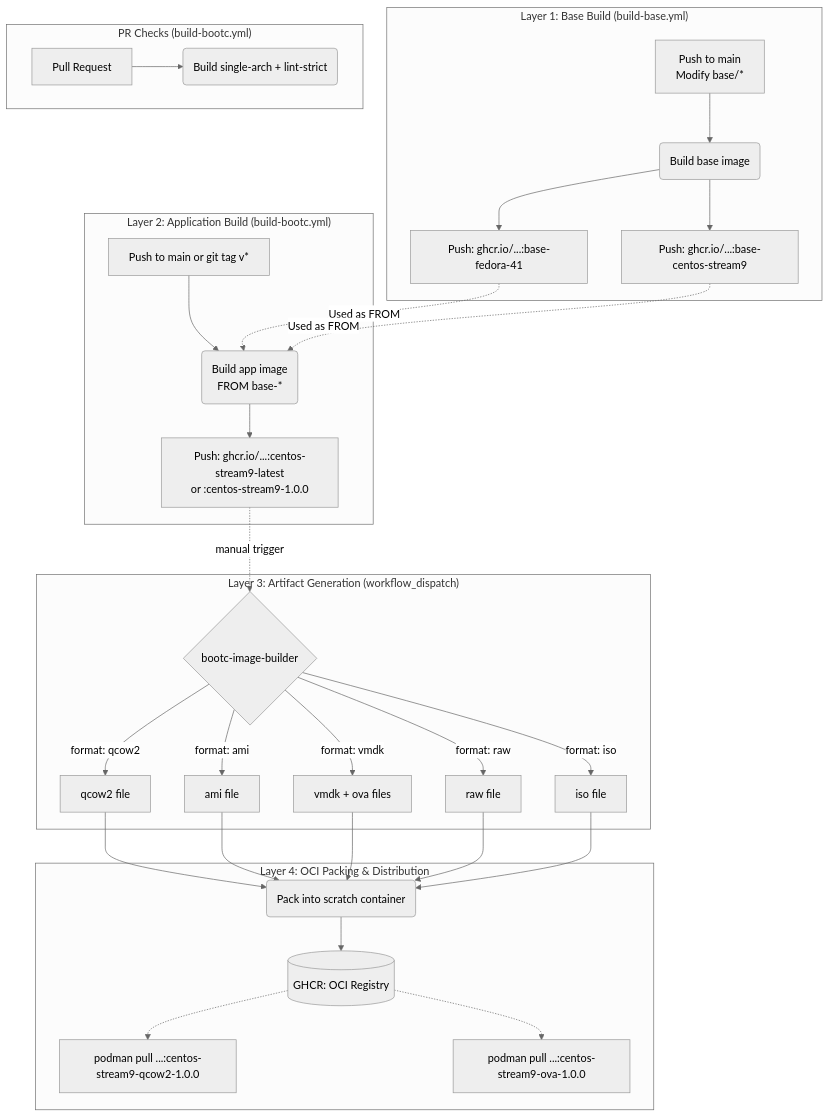
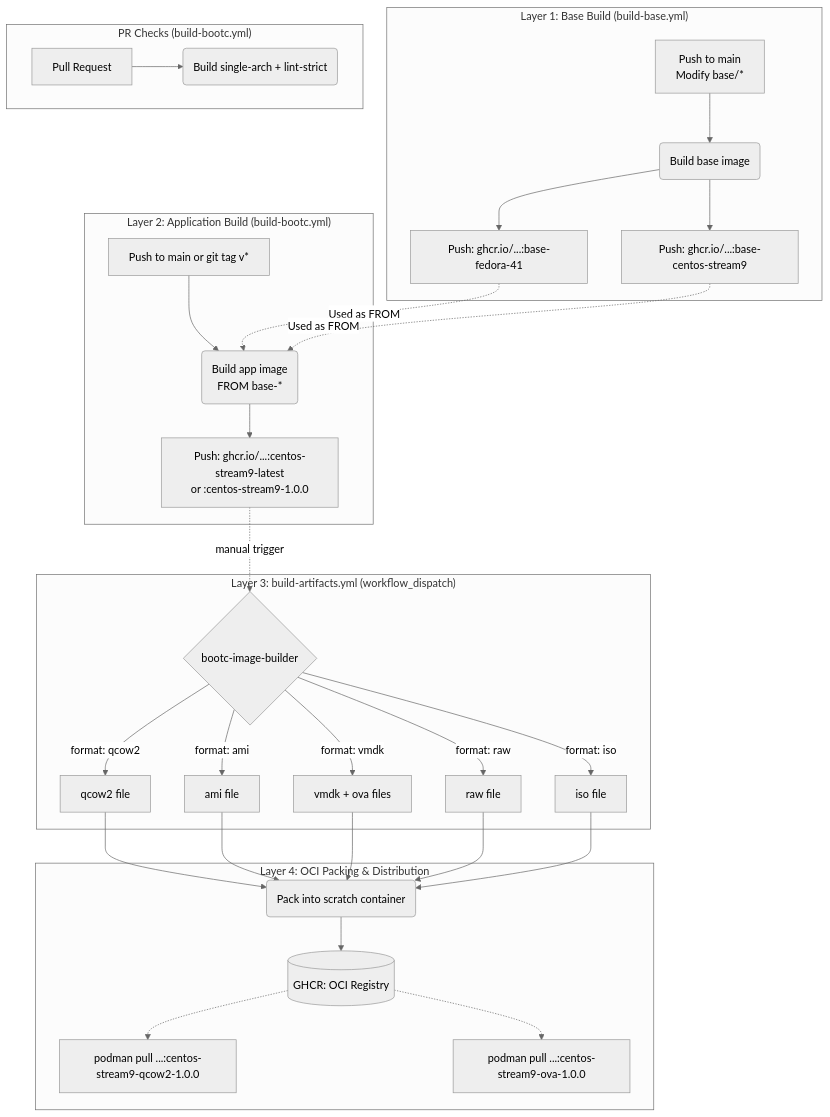
One commit to duyhenryer/bootc-testboot changed the second of 2 diagrams in README.md. Above: the diagram before and after it, drawn with Mermaid (neutral theme). The commit also changed other lines of this file and 2 other files, not shown here.

````diff
--- a/README.md
+++ b/README.md
@@ -108,41 +109,41 @@
 ```mermaid
 graph TD
     subgraph L1["Layer 1: Base Build (build-base.yml)"]
         A[Push to main<br>Modify base/*] --> B(Build base image)
         B --> C[Push: ghcr.io/...:base-fedora-41]
         B --> D[Push: ghcr.io/...:base-centos-stream9]
     end
 
     subgraph L2["Layer 2: Application Build (build-bootc.yml)"]
         E[Push to main or git tag v*] --> F(Build app image<br>FROM base-*)
         F --> G["Push: ghcr.io/...:centos-stream9-latest\nor :centos-stream9-1.0.0"]
     end
 
     subgraph PR["PR Checks (build-bootc.yml)"]
         PR1[Pull Request] --> PR2(Build single-arch + lint-strict)
     end
 
-    subgraph L3["Layer 3: Artifact Generation (workflow_dispatch)"]
+    subgraph L3["Layer 3: build-artifacts.yml (workflow_dispatch)"]
         G -. manual trigger .-> H{bootc-image-builder}
         H -->|format: qcow2| I[qcow2 file]
         H -->|format: ami| J[ami file]
         H -->|format: vmdk| K[vmdk + ova files]
         H -->|format: raw| L[raw file]
         H -->|format: iso| M[iso file]
     end
 
     subgraph L4["Layer 4: OCI Packing & Distribution"]
         I --> N(Pack into scratch container)
         J --> N
         K --> N
         L --> N
         M --> N
         N --> O[(GHCR: OCI Registry)]
 
         O -.-> P["podman pull ...:centos-stream9-qcow2-1.0.0"]
         O -.-> Q["podman pull ...:centos-stream9-ova-1.0.0"]
     end
 
     C -.->|Used as FROM| F
     D -.->|Used as FROM| F
 ```
````
